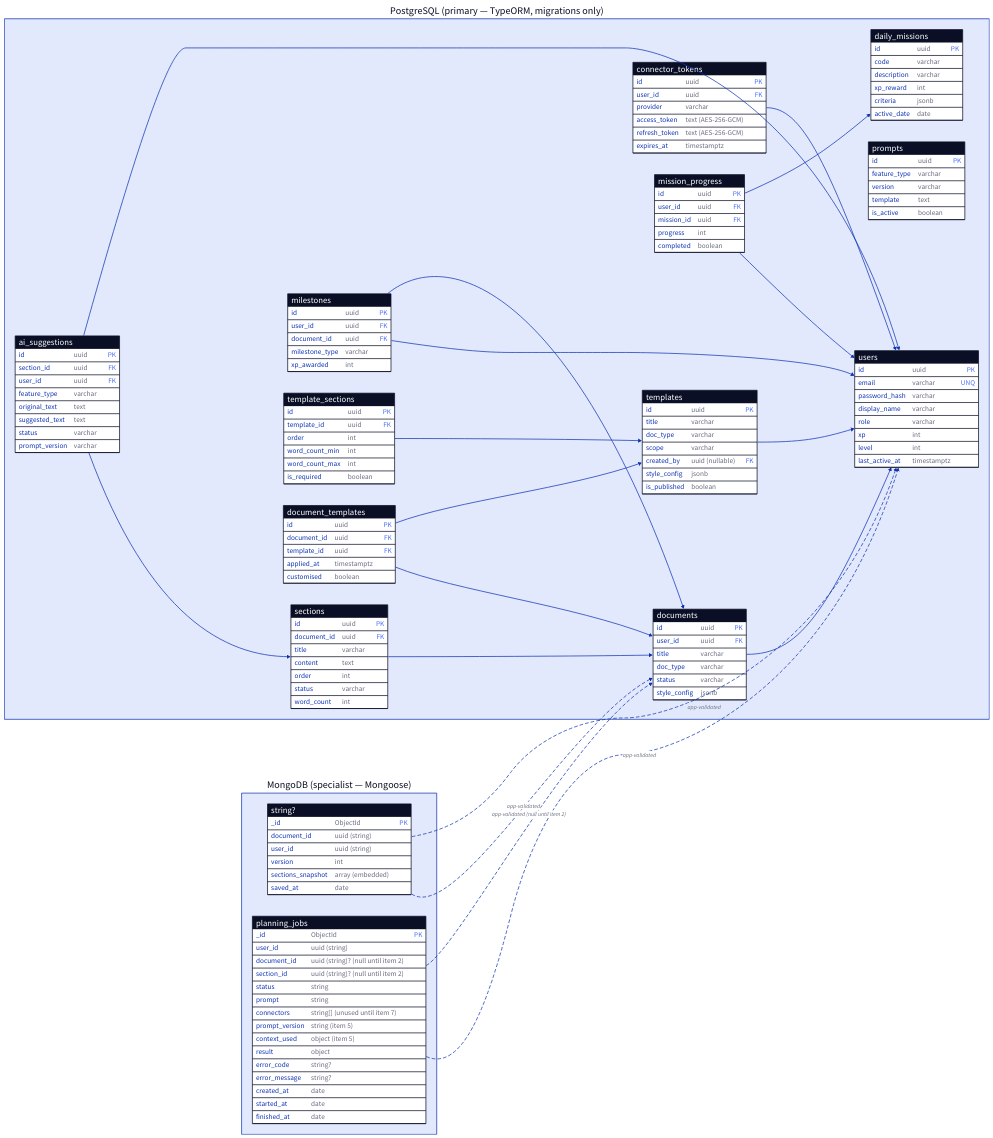
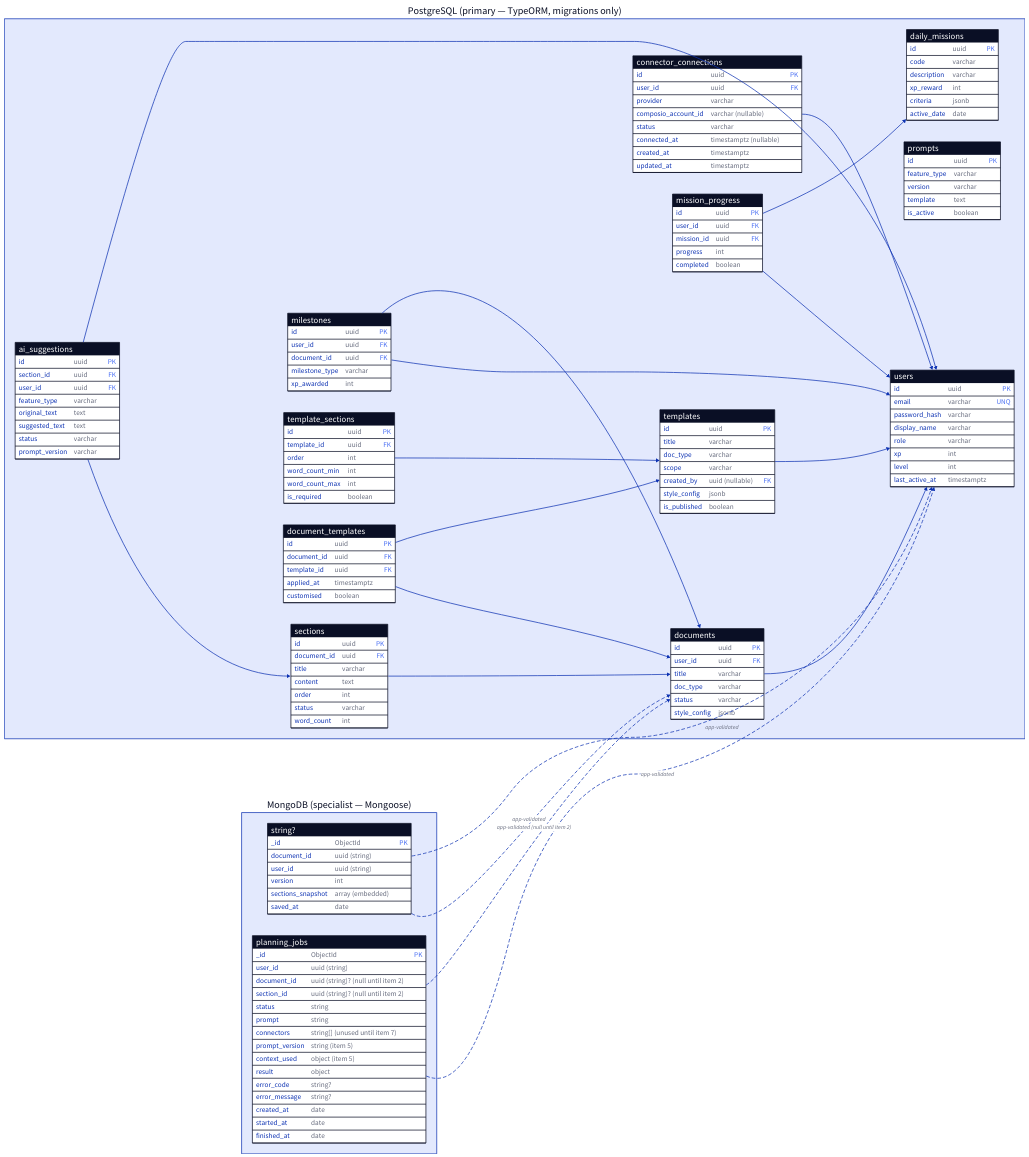
The diagram in docs/diagrams/database-schema.d2 (MemoFlow/memoflow-api), drawn with D2 before and after one commit. The commit also changed 37 other files, not shown here.

First line of the commit message:
feat(connectors): Composio OAuth foundation (item 7, branch 1/3) (#10)

```diff
--- a/docs/diagrams/database-schema.d2
+++ b/docs/diagrams/database-schema.d2
@@ -1,182 +1,186 @@
 # MemoFlow database schema — derived from docs/database-schema.md (source of truth).
 # Render: d2 database-schema.d2 database-schema.svg
 # Solid edges = real FKs (PostgreSQL). Dashed edges = cross-DB uuid references,
 # validated by the application use-case layer — there is NO foreign key across DBs.
 
 direction: right
 
 pg: PostgreSQL (primary — TypeORM, migrations only) {
   users: {
     shape: sql_table
     id: uuid {constraint: primary_key}
     email: varchar {constraint: unique}
     password_hash: varchar
     display_name: varchar
     role: varchar
     xp: int
     level: int
     last_active_at: timestamptz
   }
 
   documents: {
     shape: sql_table
     id: uuid {constraint: primary_key}
     user_id: uuid {constraint: foreign_key}
     title: varchar
     doc_type: varchar
     status: varchar
     style_config: jsonb
   }
 
   sections: {
     shape: sql_table
     id: uuid {constraint: primary_key}
     document_id: uuid {constraint: foreign_key}
     title: varchar
     content: text
     order: int
     status: varchar
     word_count: int
   }
 
   ai_suggestions: {
     shape: sql_table
     id: uuid {constraint: primary_key}
     section_id: uuid {constraint: foreign_key}
     user_id: uuid {constraint: foreign_key}
     feature_type: varchar
     original_text: text
     suggested_text: text
     status: varchar
     prompt_version: varchar
   }
 
   prompts: {
     shape: sql_table
     id: uuid {constraint: primary_key}
     feature_type: varchar
     version: varchar
     template: text
     is_active: boolean
   }
 
-  connector_tokens: {
+  # No provider tokens — Composio is the OAuth vault + MCP host; this API keeps only
+  # a connection reference. Unique composite index on (user_id, provider).
+  connector_connections: {
     shape: sql_table
     id: uuid {constraint: primary_key}
     user_id: uuid {constraint: foreign_key}
     provider: varchar
-    access_token: "text (AES-256-GCM)"
-    refresh_token: "text (AES-256-GCM)"
-    expires_at: timestamptz
+    composio_account_id: "varchar (nullable)"
+    status: varchar
+    connected_at: "timestamptz (nullable)"
+    created_at: timestamptz
+    updated_at: timestamptz
   }
 
   milestones: {
     shape: sql_table
     id: uuid {constraint: primary_key}
     user_id: uuid {constraint: foreign_key}
     document_id: uuid {constraint: foreign_key}
     milestone_type: varchar
     xp_awarded: int
   }
 
   daily_missions: {
     shape: sql_table
     id: uuid {constraint: primary_key}
     code: varchar
     description: varchar
     xp_reward: int
     criteria: jsonb
     active_date: date
   }
 
   mission_progress: {
     shape: sql_table
     id: uuid {constraint: primary_key}
     user_id: uuid {constraint: foreign_key}
     mission_id: uuid {constraint: foreign_key}
     progress: int
     completed: boolean
   }
 
   templates: {
     shape: sql_table
     id: uuid {constraint: primary_key}
     title: varchar
     doc_type: varchar
     scope: varchar
     created_by: "uuid (nullable)" {constraint: foreign_key}
     style_config: jsonb
     is_published: boolean
   }
 
   template_sections: {
     shape: sql_table
     id: uuid {constraint: primary_key}
     template_id: uuid {constraint: foreign_key}
     order: int
     word_count_min: int
     word_count_max: int
     is_required: boolean
   }
 
   document_templates: {
     shape: sql_table
     id: uuid {constraint: primary_key}
     document_id: uuid {constraint: foreign_key}
     template_id: uuid {constraint: foreign_key}
     applied_at: timestamptz
     customised: boolean
   }
 
   documents.user_id -> users.id
   sections.document_id -> documents.id
   ai_suggestions.section_id -> sections.id
   ai_suggestions.user_id -> users.id
-  connector_tokens.user_id -> users.id
+  connector_connections.user_id -> users.id
   milestones.user_id -> users.id
   milestones.document_id -> documents.id
   mission_progress.user_id -> users.id
   mission_progress.mission_id -> daily_missions.id
   templates.created_by -> users.id
   template_sections.template_id -> templates.id
   document_templates.document_id -> documents.id
   document_templates.template_id -> templates.id
 }
 
 mongo: MongoDB (specialist — Mongoose) {
   document_versions: {
     shape: sql_table
     _id: ObjectId {constraint: primary_key}
     document_id: "uuid (string)"
     user_id: "uuid (string)"
     version: int
     "label": "string?"
     sections_snapshot: "array (embedded)"
     saved_at: date
   }
 
   planning_jobs: {
     shape: sql_table
     _id: ObjectId {constraint: primary_key}
     user_id: "uuid (string)"
     document_id: "uuid (string)? (null until item 2)"
     section_id: "uuid (string)? (null until item 2)"
     status: string
     prompt: string
     connectors: "string[] (unused until item 7)"
     prompt_version: "string (item 5)"
     context_used: "object (item 5)"
     result: object
     error_code: "string?"
     error_message: "string?"
     created_at: date
     started_at: date
     finished_at: date
   }
 }
 
 # Cross-DB references: plain uuids, validated by use-cases — no FK enforcement.
 mongo.document_versions.document_id -> pg.documents.id: app-validated {style.stroke-dash: 4}
 mongo.document_versions.user_id -> pg.users.id: app-validated {style.stroke-dash: 4}
 mongo.planning_jobs.user_id -> pg.users.id: app-validated {style.stroke-dash: 4}
 mongo.planning_jobs.document_id -> pg.documents.id: "app-validated (null until item 2)" {style.stroke-dash: 4}
```
